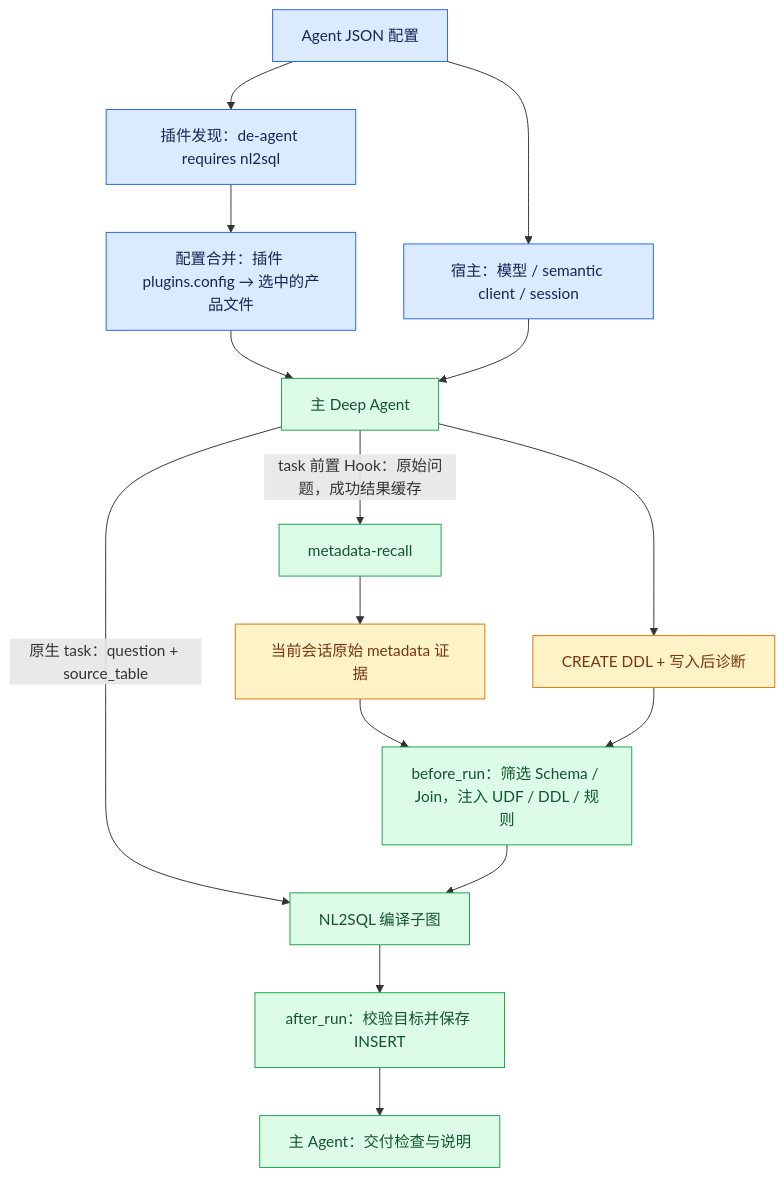
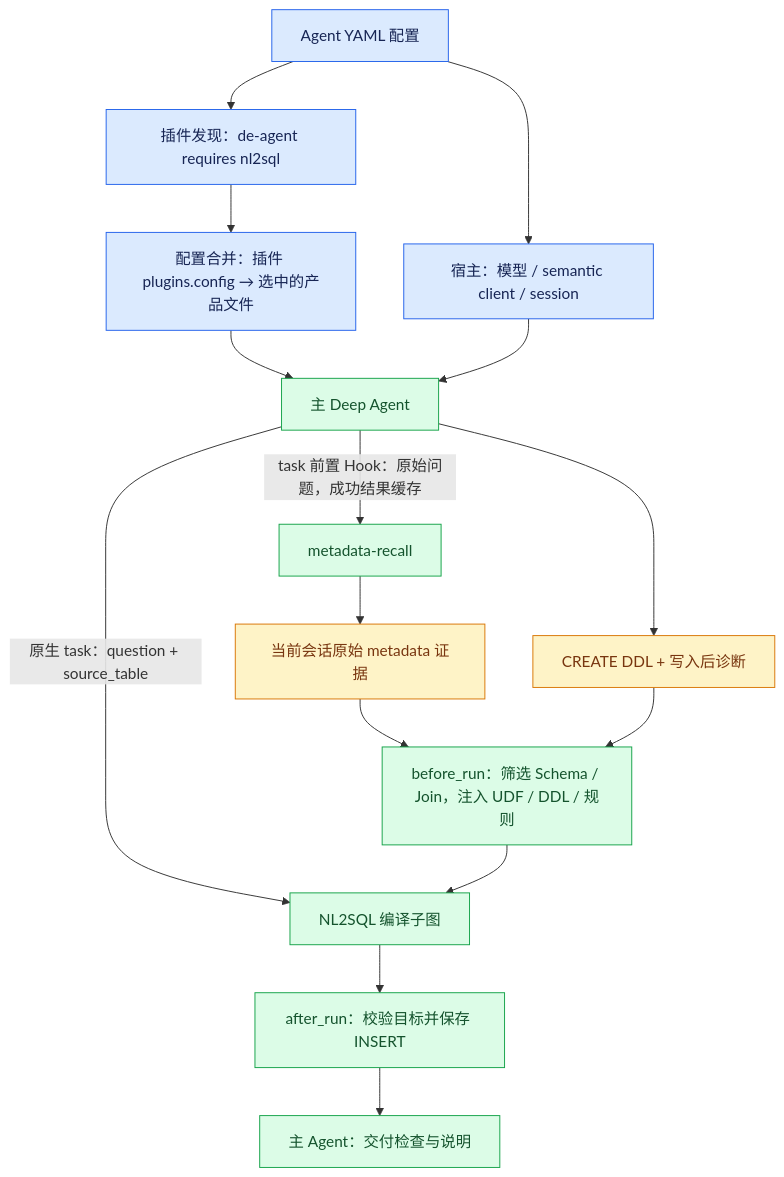
Before and after one commit to datagallery-ai/dataagent: the diagram in runtime/agentkit/docs/de-agent-migration.md, drawn with Mermaid. The commit also changed other lines of this file and 214 other files, not shown here.

Commit message:
feat: 将运行时配置从 JSON 迁移到 YAML

````diff
--- a/runtime/agentkit/docs/de-agent-migration.md
+++ b/runtime/agentkit/docs/de-agent-migration.md
@@ -9,23 +9,23 @@
 ```mermaid
 flowchart TB
-    C["Agent JSON 配置"] --> H["宿主：模型 / semantic client / session"]
+    C["Agent YAML 配置"] --> H["宿主：模型 / semantic client / session"]
     C --> P["插件发现：de-agent requires nl2sql"]
     P --> M["配置合并：插件 plugins.config → 选中的产品文件"]
     M --> A["主 Deep Agent"]
     H --> A
     A -->|"task 前置 Hook：原始问题，成功结果缓存"| R["metadata-recall"]
     R --> E["当前会话原始 metadata 证据"]
     A --> D["CREATE DDL + 写入后诊断"]
     A -->|"原生 task：question + source_table"| N["NL2SQL 编译子图"]
     E --> I["before_run：筛选 Schema / Join，注入 UDF / DDL / 规则"]
     D --> I
     I --> N
     N --> O["after_run：校验目标并保存 INSERT"]
     O --> V["主 Agent：交付检查与说明"]
     classDef host fill:#dbeafe,stroke:#2563eb,color:#172554
     classDef business fill:#dcfce7,stroke:#16a34a,color:#14532d
     classDef artifact fill:#fef3c7,stroke:#d97706,color:#78350f
     class C,H,P,M host
     class A,R,I,N,O,V business
     class E,D artifact
 ```
````
